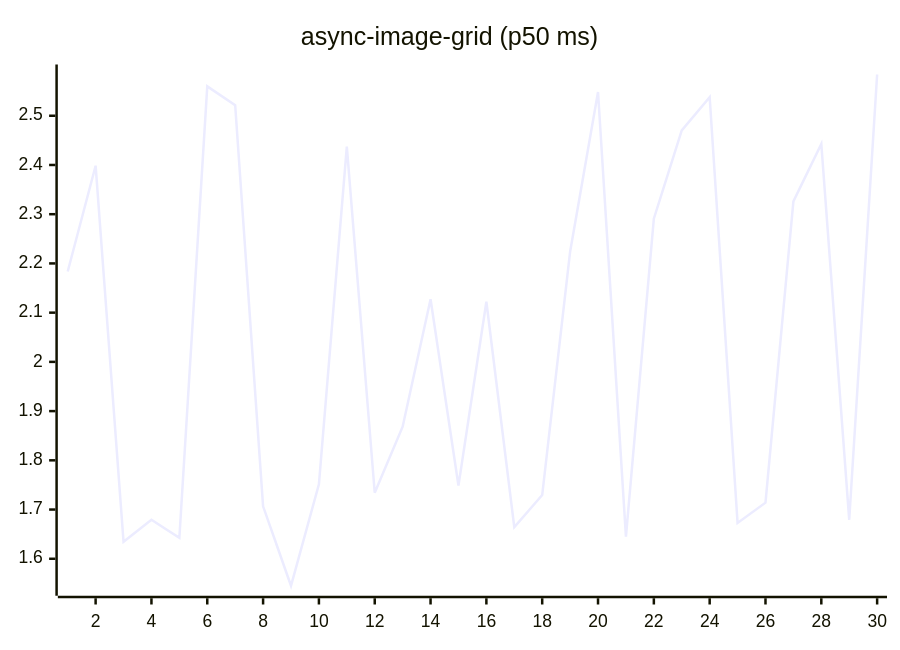
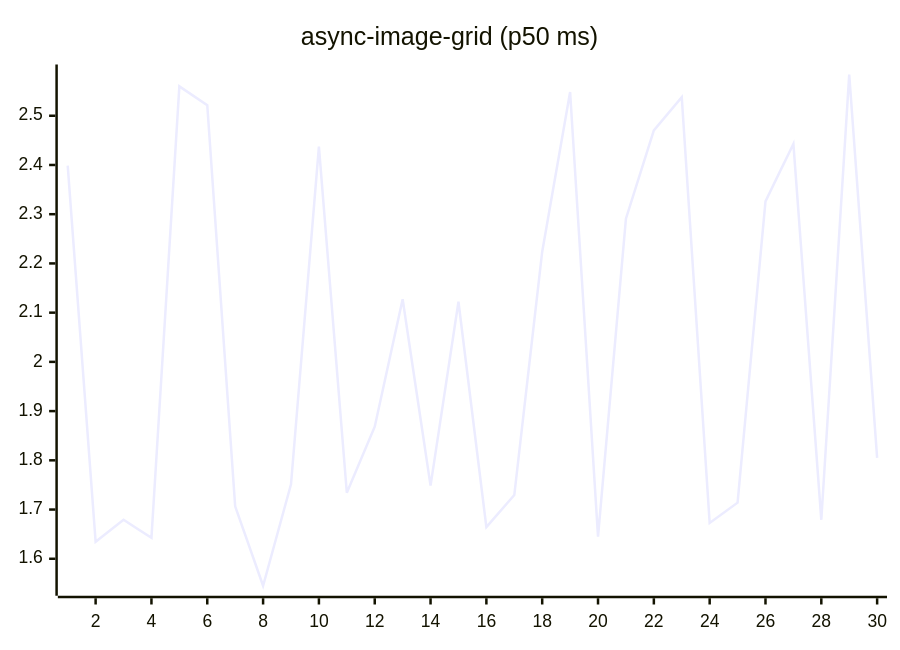
Before and after one commit to josha/Facet: the fifth of 27 diagrams in README.md, drawn with Mermaid. The commit also changed other lines of this file and 2 other files, not shown here.

````diff
--- a/README.md
+++ b/README.md
@@ -91,6 +91,6 @@
 ```mermaid
 xychart-beta
     title "async-image-grid (p50 ms)"
     x-axis 1 --> 30
-    line [2.1835, 2.3985, 1.6346, 1.6792, 1.6424, 2.5597, 2.5214, 1.7066, 1.5452, 1.7512, 2.4372, 1.7341, 1.8684, 2.1272, 1.7487, 2.1221, 1.6642, 1.7295, 2.2238, 2.5483, 1.6449, 2.2910, 2.4702, 2.5376, 1.6727, 1.7140, 2.3260, 2.4429, 1.6792, 2.5838]
+    line [2.3985, 1.6346, 1.6792, 1.6424, 2.5597, 2.5214, 1.7066, 1.5452, 1.7512, 2.4372, 1.7341, 1.8684, 2.1272, 1.7487, 2.1221, 1.6642, 1.7295, 2.2238, 2.5483, 1.6449, 2.2910, 2.4702, 2.5376, 1.6727, 1.7140, 2.3260, 2.4429, 1.6792, 2.5838, 1.8048]
 ```
````
